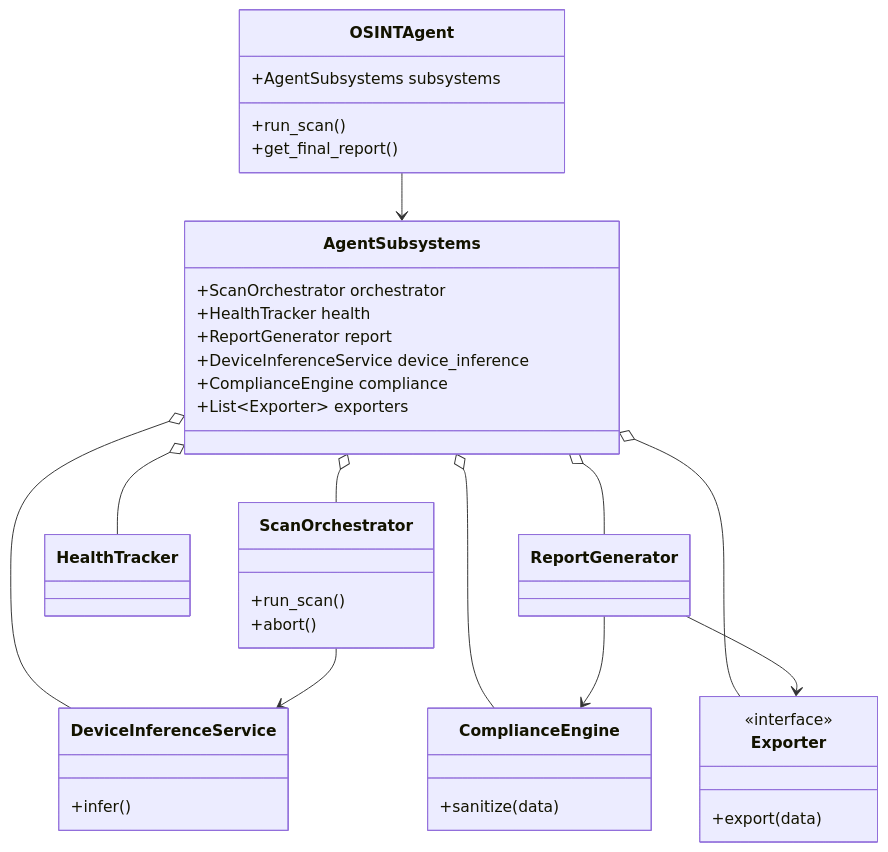
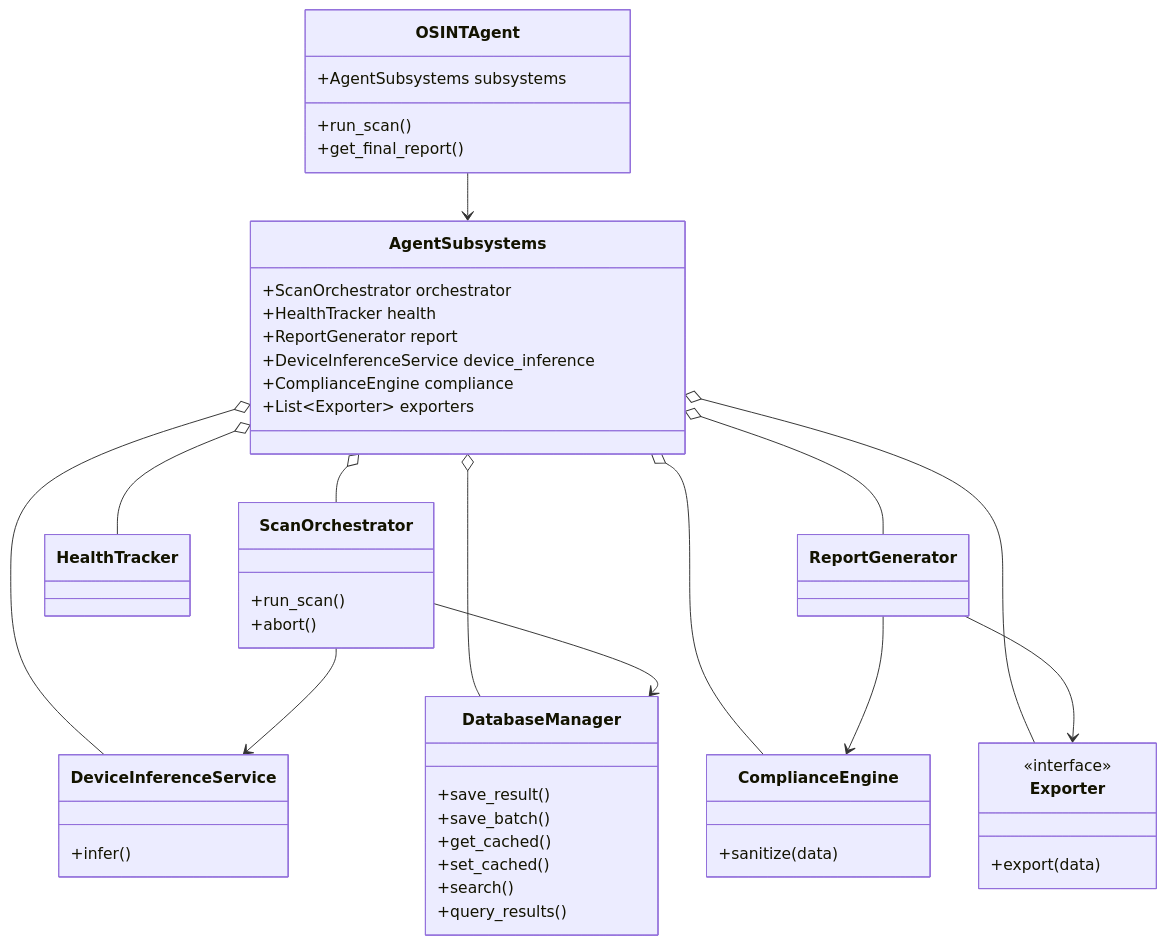
The diagram in docs/structure.mmd (FJ-cyberzilla/osint-nexus), drawn with Mermaid before and after one commit. The commit also changed 4 other files, not shown here.

```diff
--- a/docs/structure.mmd
+++ b/docs/structure.mmd
@@ -1,44 +1,55 @@
 classDiagram
     class OSINTAgent {
         +AgentSubsystems subsystems
         +run_scan()
         +get_final_report()
     }
     
     class AgentSubsystems {
         +ScanOrchestrator orchestrator
         +HealthTracker health
         +ReportGenerator report
         +DeviceInferenceService device_inference
         +ComplianceEngine compliance
         +List~Exporter~ exporters
     }
     
     class ScanOrchestrator {
         +run_scan()
         +abort()
     }
     
     class DeviceInferenceService {
         +infer()
     }
 
+    class DatabaseManager {
+        +save_result()
+        +save_batch()
+        +get_cached()
+        +set_cached()
+        +search()
+        +query_results()
+    }
+
     class ComplianceEngine {
         +sanitize(data)
     }
 
     class Exporter {
         <<interface>>
         +export(data)
     }
     
     OSINTAgent --> AgentSubsystems
     AgentSubsystems o-- ScanOrchestrator
     AgentSubsystems o-- HealthTracker
     AgentSubsystems o-- ReportGenerator
     AgentSubsystems o-- DeviceInferenceService
+    AgentSubsystems o-- DatabaseManager
     AgentSubsystems o-- ComplianceEngine
     AgentSubsystems o-- Exporter
     ScanOrchestrator --> DeviceInferenceService
+    ScanOrchestrator --> DatabaseManager
     ReportGenerator --> ComplianceEngine
     ReportGenerator --> Exporter
```
